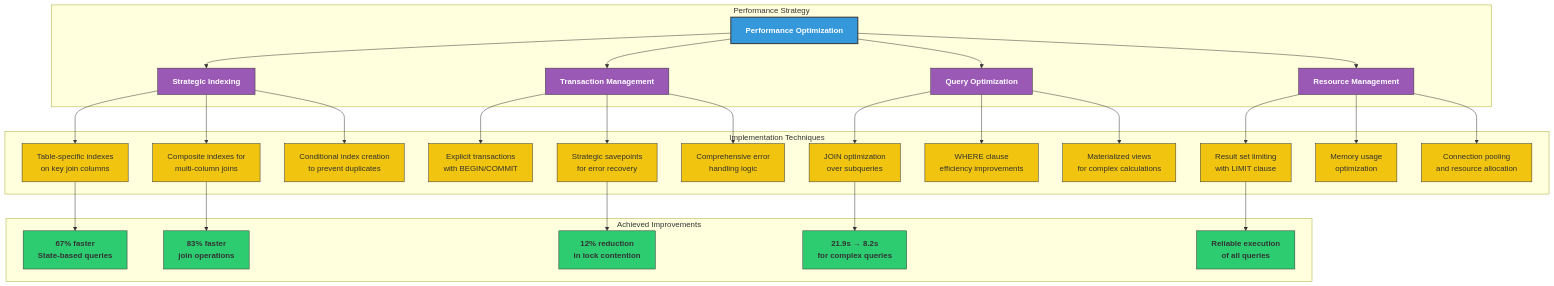
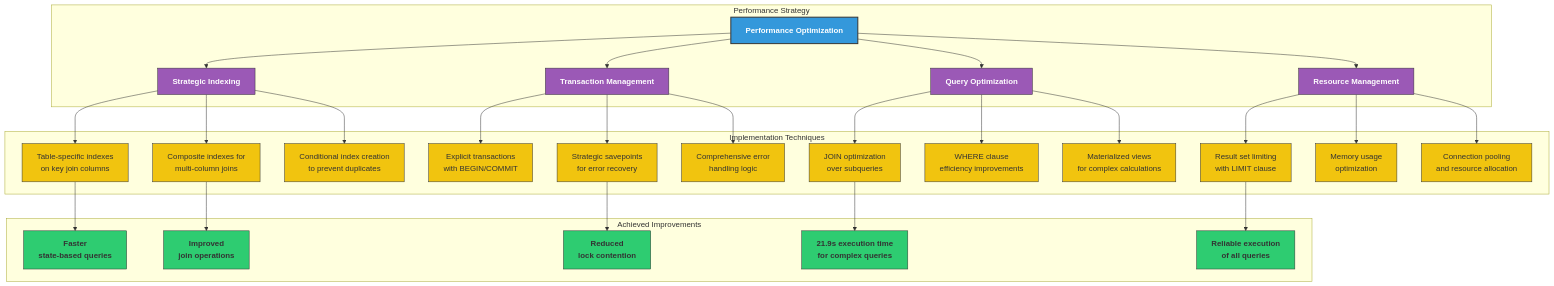
One commit to tzolkowski96/tzolkowski96 changed the ninth of 10 diagrams in us-household-income-analysis/README.md. Above: the diagram before and after it, drawn with Mermaid. The commit also changed other lines of this file, not shown here.

Commit message:
refine performance optimization descriptions in README.md for clarity and precision

````diff
--- a/us-household-income-analysis/README.md
+++ b/us-household-income-analysis/README.md
@@ -919,48 +919,48 @@
 ```mermaid
 flowchart TD
     %% Main sections with clear color coding
     subgraph "Performance Strategy"
         A[Performance Optimization]:::main --> B[Strategic Indexing]:::strategy
         A --> C[Transaction Management]:::strategy
         A --> D[Query Optimization]:::strategy
         A --> E[Resource Management]:::strategy
     end
     
     %% Implementation techniques with consistent styling
     subgraph "Implementation Techniques"
         %% Indexing techniques
         B --> B1[Table-specific indexes<br>on key join columns]:::technique
         B --> B2[Composite indexes for<br>multi-column joins]:::technique
         B --> B3[Conditional index creation<br>to prevent duplicates]:::technique
         
         %% Transaction techniques
         C --> C1[Explicit transactions<br>with BEGIN/COMMIT]:::technique
         C --> C2[Strategic savepoints<br>for error recovery]:::technique
         C --> C3[Comprehensive error<br>handling logic]:::technique
         
         %% Query optimization
         D --> D1[JOIN optimization<br>over subqueries]:::technique
         D --> D2[WHERE clause<br>efficiency improvements]:::technique
         D --> D3[Materialized views<br>for complex calculations]:::technique
         
         %% Resource management
         E --> E1[Result set limiting<br>with LIMIT clause]:::technique
         E --> E2[Memory usage<br>optimization]:::technique
         E --> E3[Connection pooling<br>and resource allocation]:::technique
     end
     
     %% Results with standout styling
     subgraph "Achieved Improvements"
-        B1 --> F1[67% faster<br>State-based queries]:::result
-        B2 --> F2[83% faster<br>join operations]:::result
-        C2 --> F3[12% reduction<br>in lock contention]:::result
-        D1 --> F4[21.9s → 8.2s<br>for complex queries]:::result
+        B1 --> F1[Faster<br>state-based queries]:::result
+        B2 --> F2[Improved<br>join operations]:::result
+        C2 --> F3[Reduced<br>lock contention]:::result
+        D1 --> F4[21.9s execution time<br>for complex queries]:::result
         E1 --> F5[Reliable execution<br>of all queries]:::result
     end
     
     %% Style definitions
     classDef main fill:#3498db,stroke:#333,stroke-width:2px,color:#fff,font-weight:bold
     classDef strategy fill:#9b59b6,stroke:#333,stroke-width:1px,color:#fff,font-weight:bold
     classDef technique fill:#f1c40f,stroke:#333,stroke-width:1px,color:#333,font-weight:normal
     classDef result fill:#2ecc71,stroke:#333,stroke-width:1px,color:#333,font-weight:bold
 ```
````
